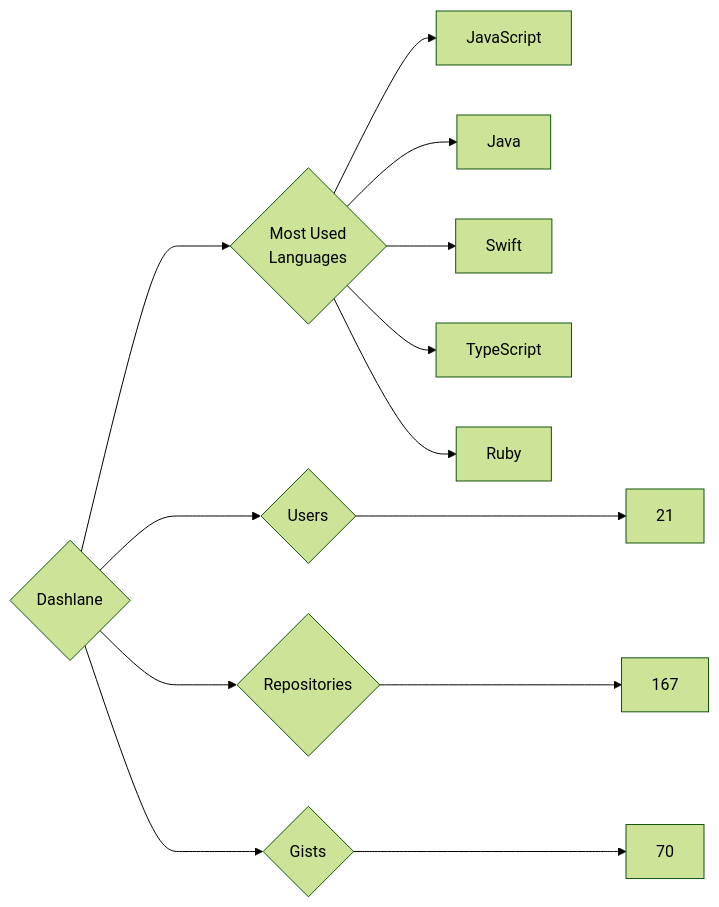
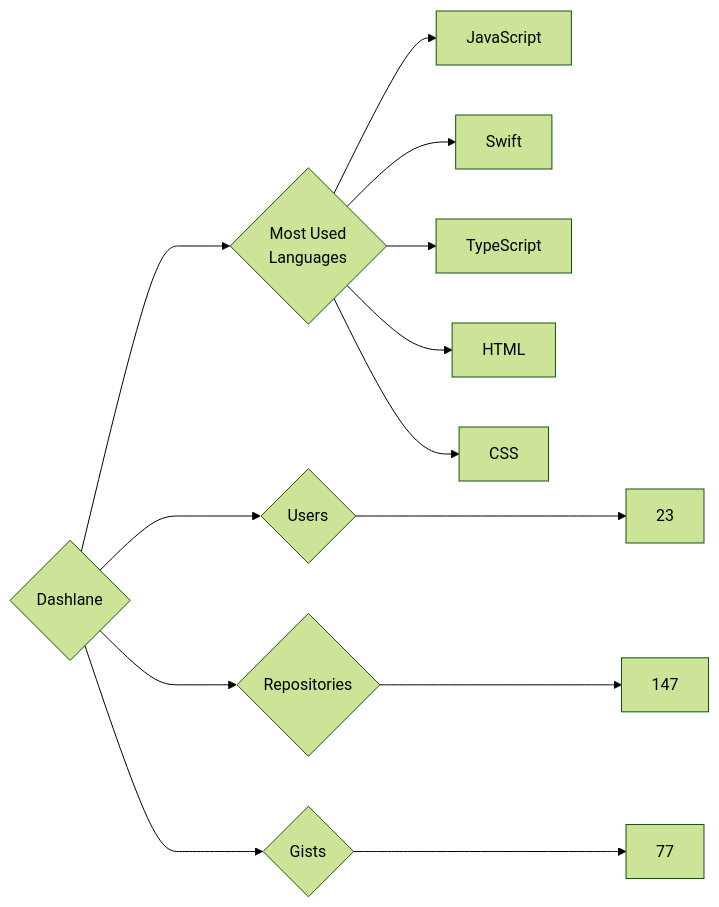
Before and after one commit to trickest/insiders: the diagram in targets/Dashlane/README.md, drawn with Mermaid (forest theme). The commit also changed 944 other files, not shown here.

````diff
--- a/targets/Dashlane/README.md
+++ b/targets/Dashlane/README.md
@@ -3,13 +3,13 @@
 ```mermaid
 graph LR
 COMPANY_NAME{Dashlane}
-COMPANY_NAME ---> U{Users} ---> UN[21]
-COMPANY_NAME ---> R{Repositories} ---> RN[167]
-COMPANY_NAME ---> G{Gists} ---> GN[70]
+COMPANY_NAME ---> U{Users} ---> UN[23]
+COMPANY_NAME ---> R{Repositories} ---> RN[147]
+COMPANY_NAME ---> G{Gists} ---> GN[77]
 COMPANY_NAME ---> ML{Most Used<br>Languages}
 ML --> JavaScript[JavaScript]
-ML --> Java[Java]
 ML --> Swift[Swift]
 ML --> TypeScript[TypeScript]
-ML --> Ruby[Ruby]
+ML --> HTML[HTML]
+ML --> CSS[CSS]
 ```
````
